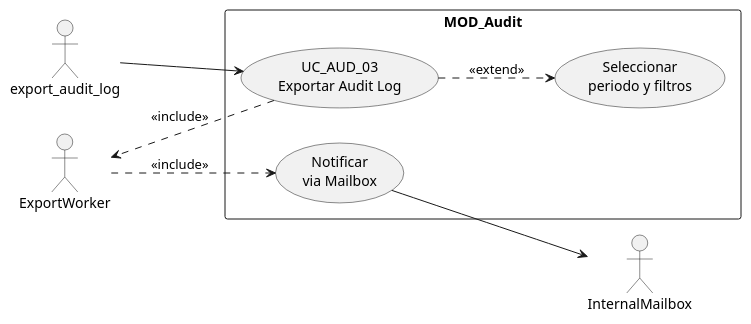
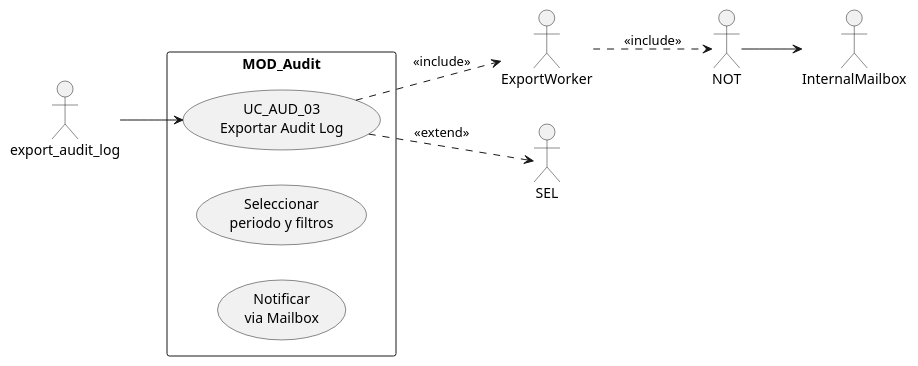
Before and after one commit to jcg-admin/IACT-docs: the diagram in source/requisitos/casos-uso/audit/uc-aud-03/diagramas-uml/caso-de-uso.rst, drawn with PlantUML. The commit also changed 47 other files, not shown here.

First line of the commit message:
Fix cryptic PlantUML aliases in UC and architecture files (STD_011)

```diff
--- a/source/requisitos/casos-uso/audit/uc-aud-03/diagramas-uml/caso-de-uso.rst
+++ b/source/requisitos/casos-uso/audit/uc-aud-03/diagramas-uml/caso-de-uso.rst
@@ -4,18 +4,18 @@
 .. uml::
 
  @startuml
  left to right direction
  actor "export_audit_log" as export_audit_log
  actor "ExportWorker" as Exportworker
  actor "InternalMailbox" as Internalmailbox
  rectangle "MOD_Audit" {
    usecase "UC_AUD_03\nExportar Audit Log" as UC03
-   usecase "Seleccionar\nperiodo y filtros" as SEL
-   usecase "Notificar\nvia Mailbox" as NOT
+   usecase "Seleccionar\nperiodo y filtros" as VistaSeleccion
+   usecase "Notificar\nvia Mailbox" as NotificacionMailbox
  }
  export_audit_log --> UC03
  UC03 ..> SEL : <<extend>>
  UC03 ..> Exportworker : <<include>>
  Exportworker ..> NOT : <<include>>
  NOT --> Internalmailbox
  @enduml
```
